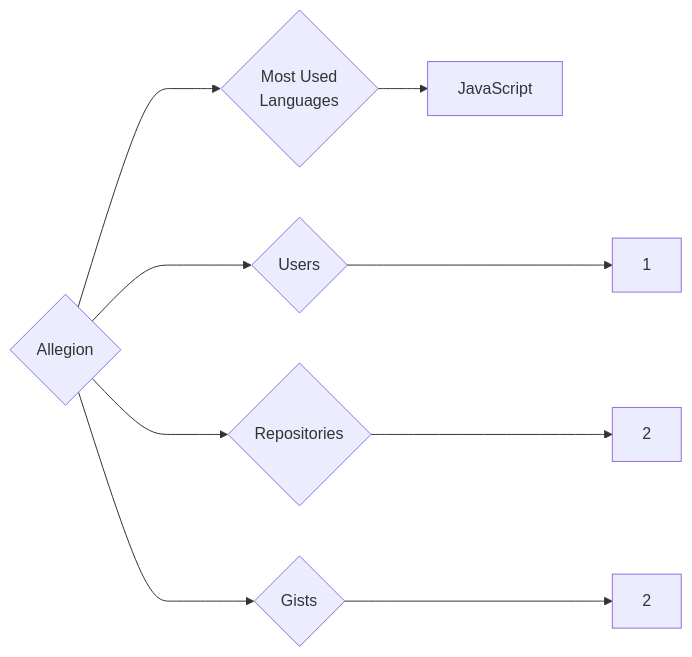
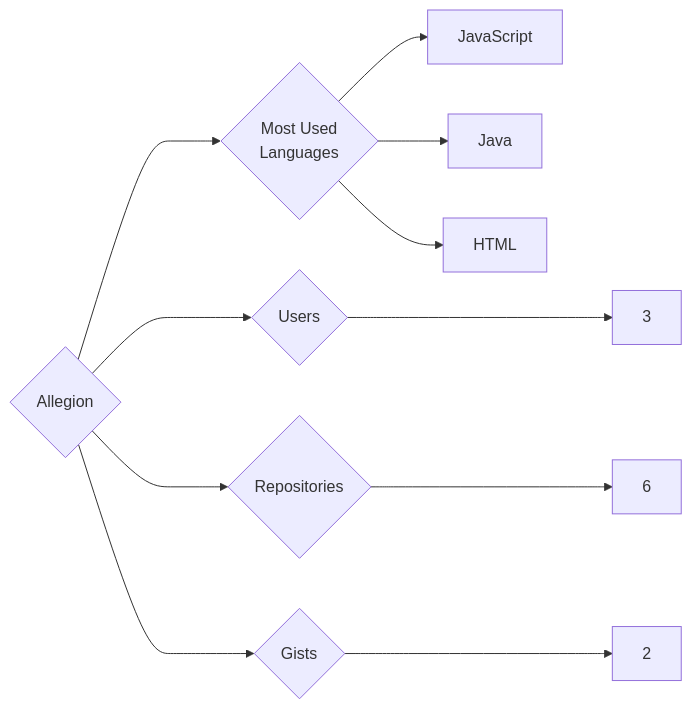
One commit to trickest/insiders changed the diagram in targets/Allegion/README.md. Above: the diagram before and after it, drawn with Mermaid. The commit also changed 1166 other files, not shown here.

````diff
--- a/targets/Allegion/README.md
+++ b/targets/Allegion/README.md
@@ -3,9 +3,11 @@
 ```mermaid
 graph LR
 COMPANY_NAME{Allegion}
-COMPANY_NAME ---> U{Users} ---> UN[1]
-COMPANY_NAME ---> R{Repositories} ---> RN[2]
+COMPANY_NAME ---> U{Users} ---> UN[3]
+COMPANY_NAME ---> R{Repositories} ---> RN[6]
 COMPANY_NAME ---> G{Gists} ---> GN[2]
 COMPANY_NAME ---> ML{Most Used<br>Languages}
 ML --> JavaScript[JavaScript]
+ML --> Java[Java]
+ML --> HTML[HTML]
 ```
````
